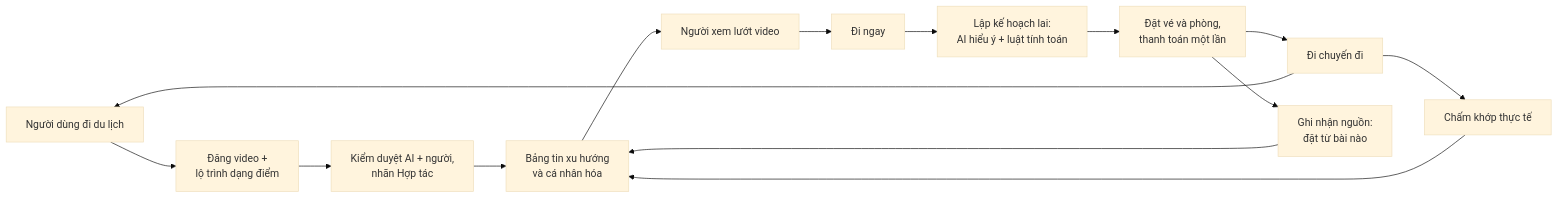
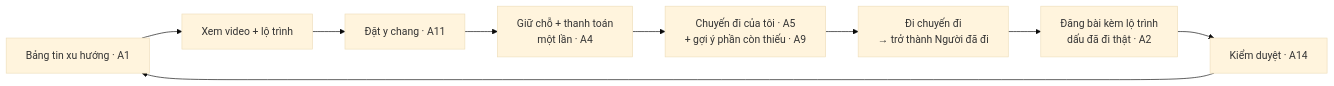
The second of 5 diagrams in docs/03-y-tuong-trien-khai.md (lengqbaorr/OTA_research), drawn with Mermaid (base theme) before and after one commit. The commit also changed other lines of this file and 3 other files, not shown here.

First line of the commit message:
Align docs with the agreed Tripflix direction: verified travelers, Đặt y chang, Vinpearl scope, module assignment

````diff
--- a/docs/03-y-tuong-trien-khai.md
+++ b/docs/03-y-tuong-trien-khai.md
@@ -298,16 +308,11 @@
 ```mermaid
 flowchart LR
-    A["Người dùng đi du lịch"] --> C["Đăng video +<br/>lộ trình dạng điểm"]
-    C --> D["Kiểm duyệt AI + người,<br/>nhãn Hợp tác"]
-    D --> E["Bảng tin xu hướng<br/>và cá nhân hóa"]
-    E --> F["Người xem lướt video"]
-    F --> G["Đi ngay"]
-    G --> P["Lập kế hoạch lai:<br/>AI hiểu ý + luật tính toán"]
-    P --> H["Đặt vé và phòng,<br/>thanh toán một lần"]
-    H --> I["Đi chuyến đi"]
-    I --> R["Chấm khớp thực tế"]
-    R --> E
-    I --> A
-    H --> J["Ghi nhận nguồn:<br/>đặt từ bài nào"]
-    J --> E
+    F["Bảng tin xu hướng · A1"] --> V["Xem video + lộ trình"]
+    V --> D["Đặt y chang · A11"]
+    D --> P["Giữ chỗ + thanh toán<br/>một lần · A4"]
+    P --> T["Chuyến đi của tôi · A5<br/>+ gợi ý phần còn thiếu · A9"]
+    T --> G["Đi chuyến đi<br/>→ trở thành Người đã đi"]
+    G --> W["Đăng bài kèm lộ trình<br/>dấu đã đi thật · A2"]
+    W --> M["Kiểm duyệt · A14"]
+    M --> F
 ```
````
